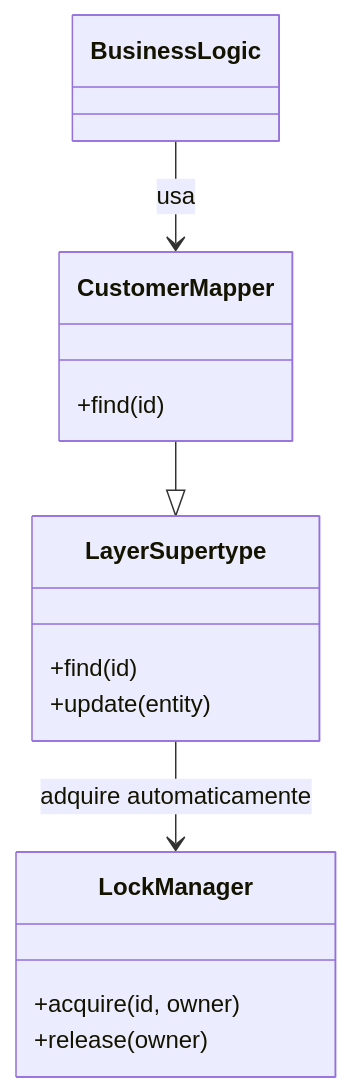
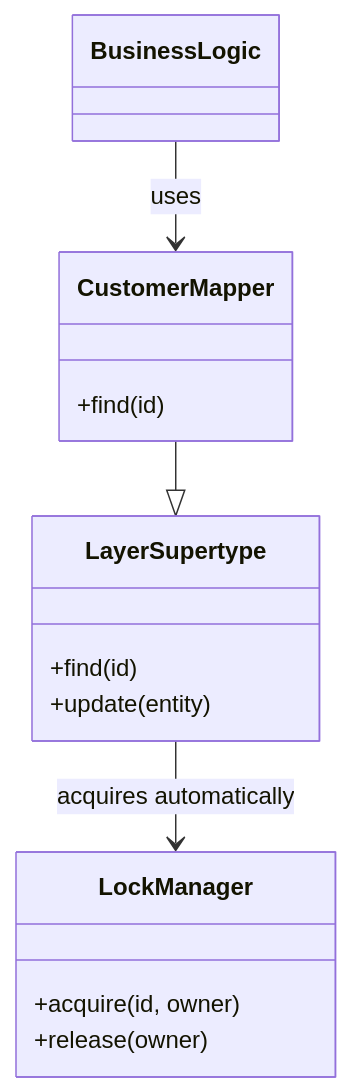
The diagram in docs/application/poeaa/offline-concurrency/implicit-lock.md (alancesar/design-patterns), drawn with Mermaid before and after one commit. The commit also changed 258 other files, not shown here.

First line of the commit message:
Translate Mermaid diagrams to English

````diff
--- a/docs/application/poeaa/offline-concurrency/implicit-lock.md
+++ b/docs/application/poeaa/offline-concurrency/implicit-lock.md
@@ -55,18 +55,18 @@
 ```mermaid
 classDiagram
     class BusinessLogic
     class LayerSupertype {
         +find(id)
         +update(entity)
     }
     class LockManager {
         +acquire(id, owner)
         +release(owner)
     }
     class CustomerMapper {
         +find(id)
     }
-    BusinessLogic --> CustomerMapper : usa
+    BusinessLogic --> CustomerMapper : uses
     CustomerMapper --|> LayerSupertype
-    LayerSupertype --> LockManager : adquire automaticamente
+    LayerSupertype --> LockManager : acquires automatically
 ```
````
